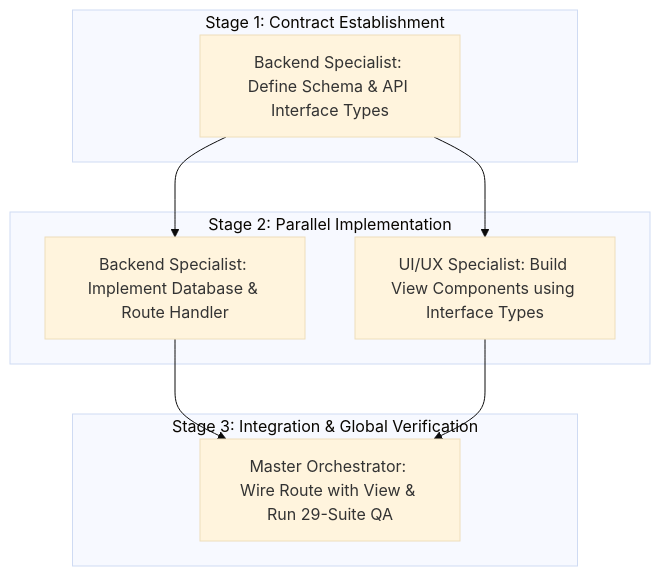
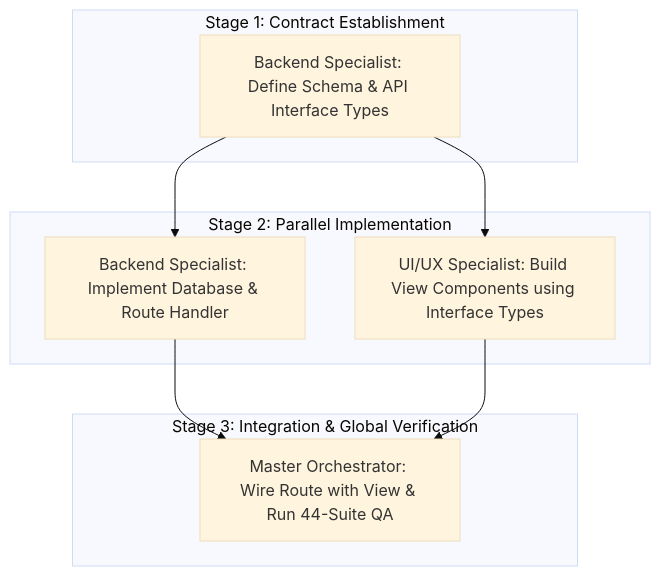
The second of 2 diagrams in skills/full-scale-mode/references/agent-orchestration-and-parallel-subagents.md (darknecrocities/SkillBuilder), drawn with Mermaid (base theme) before and after one commit. The commit also changed other lines of this file and 14 other files, not shown here.

````diff
--- a/skills/full-scale-mode/references/agent-orchestration-and-parallel-subagents.md
+++ b/skills/full-scale-mode/references/agent-orchestration-and-parallel-subagents.md
@@ -119,20 +121,20 @@
 ```mermaid
 flowchart TD
     subgraph Stage1 ["Stage 1: Contract Establishment"]
         BE_Contract["Backend Specialist: Define Schema & API Interface Types"]
     end
 
     subgraph Stage2 ["Stage 2: Parallel Implementation"]
         BE_Impl["Backend Specialist: Implement Database & Route Handler"]
         UI_Impl["UI/UX Specialist: Build View Components using Interface Types"]
     end
 
     subgraph Stage3 ["Stage 3: Integration & Global Verification"]
-        Master["Master Orchestrator: Wire Route with View & Run 29-Suite QA"]
+        Master["Master Orchestrator: Wire Route with View & Run 44-Suite QA"]
     end
 
     BE_Contract --> BE_Impl
     BE_Contract --> UI_Impl
     BE_Impl --> Master
     UI_Impl --> Master
 ```
````
